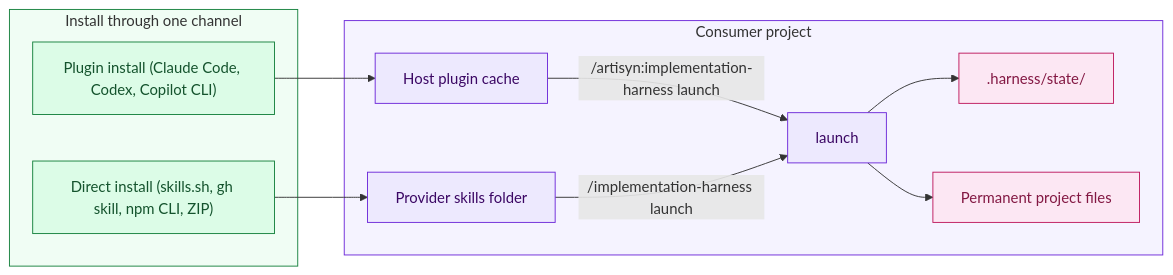
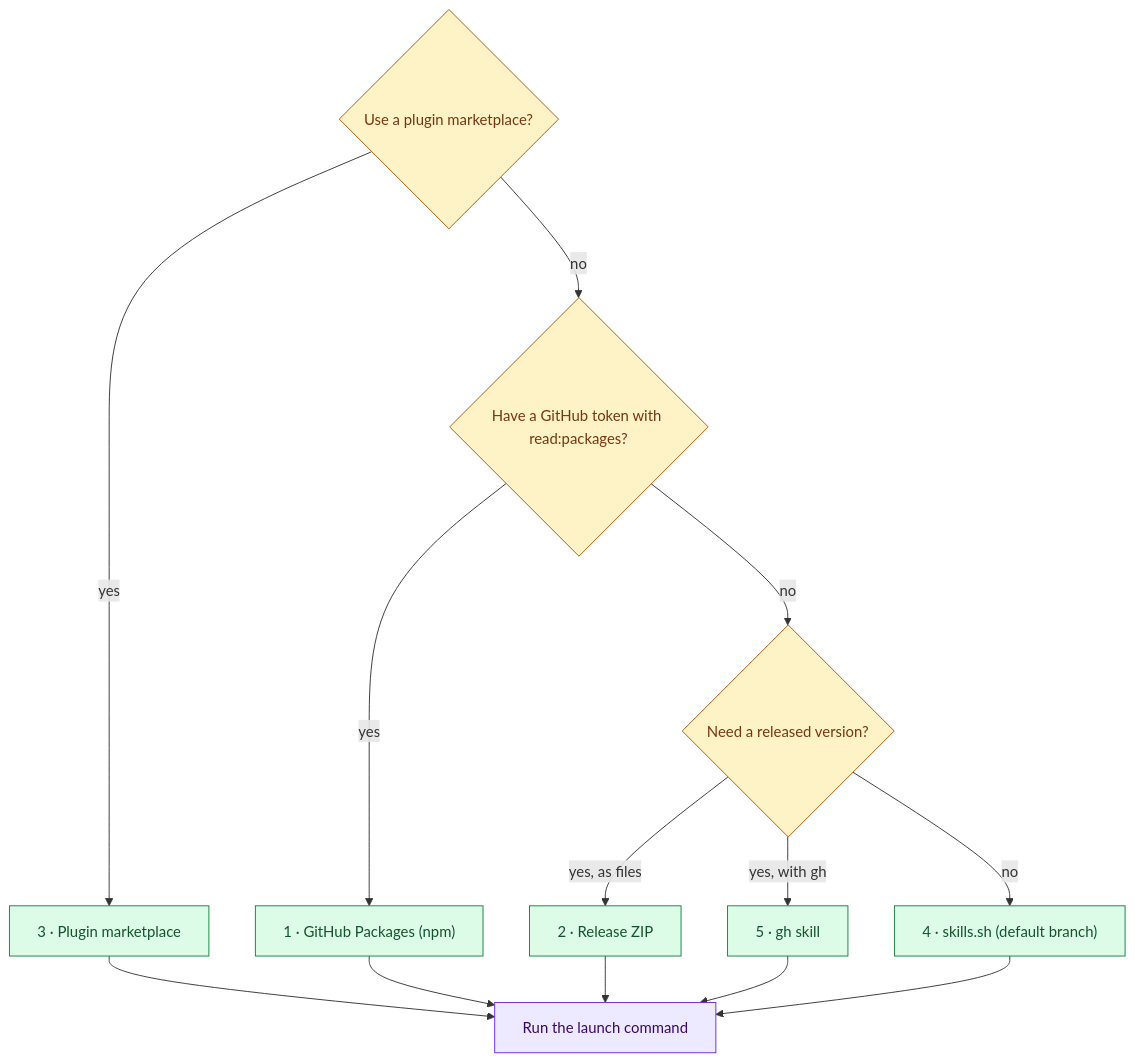
The diagram in docs/Harness/09 Distribution/01 Install.md (DataArt/artisyn-implementation-harness), drawn with Mermaid before and after one commit. The commit also changed other lines of this file and 3 other files, not shown here.

First line of the commit message:
docs(distribution): rewrite the install guide as a per-channel checklist

````diff
--- a/docs/Harness/09 Distribution/01 Install.md
+++ b/docs/Harness/09 Distribution/01 Install.md
@@ -26,31 +30,33 @@
 ```mermaid
-flowchart LR
-    subgraph CH["Install through one channel"]
-        PI["Plugin install (Claude Code, Codex, Copilot CLI)"]
-        DI["Direct install (skills.sh, gh skill, npm CLI, ZIP)"]
-    end
+flowchart TD
+    Q1{"Use a plugin marketplace?"}
+    Q2{"Have a GitHub token with read:packages?"}
+    Q3{"Need a released version?"}
 
-    subgraph CONS["Consumer project"]
-        HC["Host plugin cache"]
-        SF["Provider skills folder"]
-        L["launch"]
-        ST[".harness/state/"]
-        PF["Permanent project files"]
-    end
+    MP["3 · Plugin marketplace"]
+    NPM["1 · GitHub Packages (npm)"]
+    ZIP["2 · Release ZIP"]
+    GHS["5 · gh skill"]
+    SSH["4 · skills.sh (default branch)"]
+    L["Run the launch command"]
 
-    PI --> HC
-    DI --> SF
-    HC -->|"/artisyn:implementation-harness launch"| L
-    SF -->|"/implementation-harness launch"| L
-    L --> ST
-    L --> PF
+    Q1 -->|yes| MP
+    Q1 -->|no| Q2
+    Q2 -->|yes| NPM
+    Q2 -->|no| Q3
+    Q3 -->|"yes, as files"| ZIP
+    Q3 -->|"yes, with gh"| GHS
+    Q3 -->|no| SSH
+    MP --> L
+    NPM --> L
+    ZIP --> L
+    GHS --> L
+    SSH --> L
 
+    classDef question fill:#fef3c7,stroke:#b45309,color:#78350f
     classDef channel fill:#dcfce7,stroke:#15803d,color:#14532d
     classDef consumer fill:#ede9fe,stroke:#6d28d9,color:#3b0764
-    classDef state fill:#fce7f3,stroke:#be185d,color:#831843
-    class PI,DI channel
-    class HC,SF,L consumer
-    class ST,PF state
-    style CH fill:#f0fdf4,stroke:#15803d
-    style CONS fill:#f5f3ff,stroke:#6d28d9
+    class Q1,Q2,Q3 question
+    class MP,NPM,ZIP,GHS,SSH channel
+    class L consumer
 ```
````
